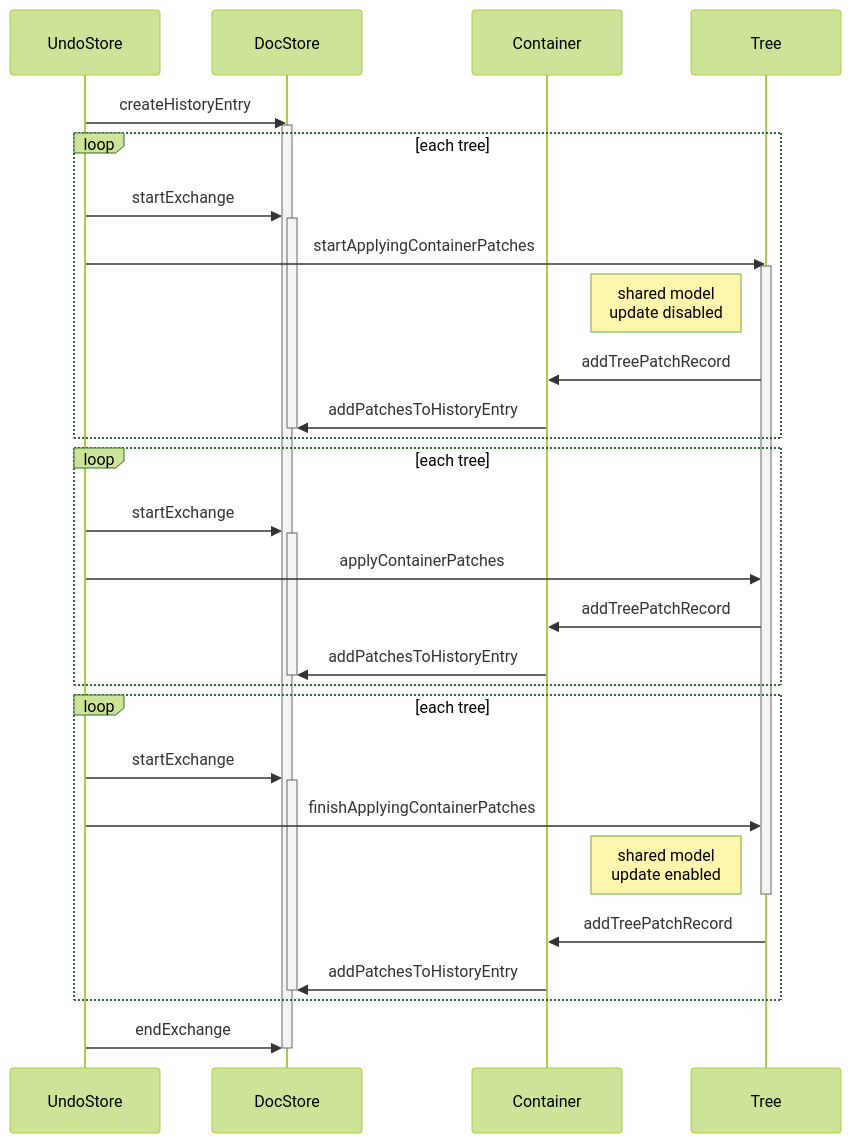
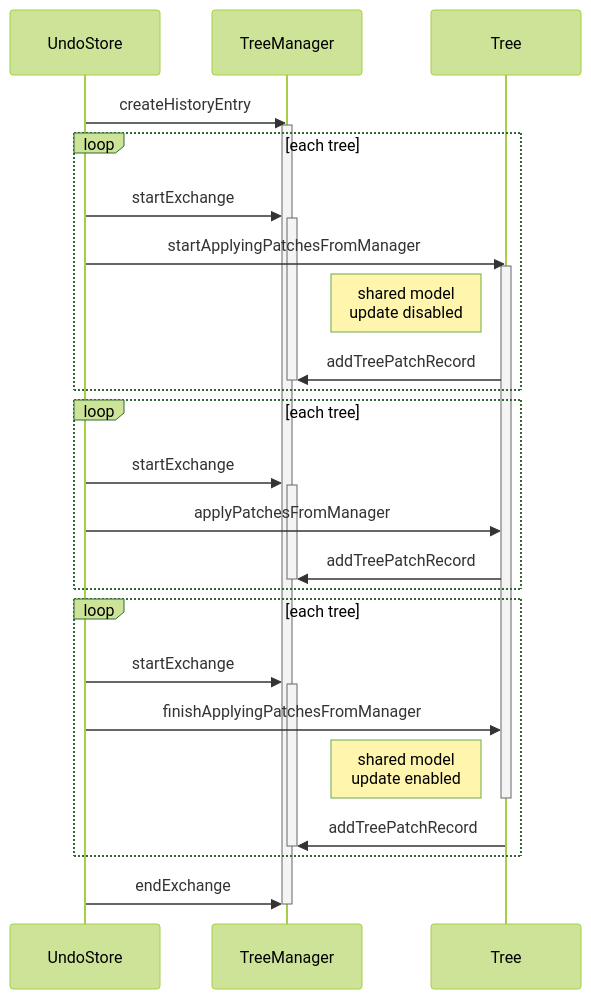
The fourth of 6 diagrams in docs/history-framework.md (concord-consortium/collaborative-learning), drawn with Mermaid (forest theme) before and after one commit. The commit also changed other lines of this file and 8 other files, not shown here.

Commit message:
rename container to tree manager

````diff
--- a/docs/history-framework.md
+++ b/docs/history-framework.md
@@ -119,39 +116,35 @@
 ```mermaid
 sequenceDiagram
   participant UndoStore
-  participant DocStore
-  participant Container
+  participant TreeManager
   participant Tree
-  UndoStore->> DocStore: createHistoryEntry
-  activate DocStore
+  UndoStore->> TreeManager: createHistoryEntry
+  activate TreeManager
   loop each tree
-    UndoStore->>DocStore: startExchange
-    activate DocStore
-    UndoStore->>Tree: startApplyingContainerPatches
+    UndoStore->>TreeManager: startExchange
+    activate TreeManager
+    UndoStore->>Tree: startApplyingPatchesFromManager
     activate Tree
     Note left of Tree: shared model<br/>update disabled 
-    Tree->>Container: addTreePatchRecord
-    Container->>DocStore: addPatchesToHistoryEntry
-    deactivate DocStore
+    Tree->>TreeManager: addTreePatchRecord
+    deactivate TreeManager
   end
   loop each tree
-    UndoStore->>DocStore: startExchange
-    activate DocStore
-    UndoStore->>Tree: applyContainerPatches
-    Tree->>Container: addTreePatchRecord
-    Container->>DocStore: addPatchesToHistoryEntry
-    deactivate DocStore
+    UndoStore->>TreeManager: startExchange
+    activate TreeManager
+    UndoStore->>Tree: applyPatchesFromManager
+    Tree->>TreeManager: addTreePatchRecord
+    deactivate TreeManager
   end
   loop each tree
-    UndoStore->>DocStore: startExchange
-    activate DocStore
-    UndoStore->>Tree: finishApplyingContainerPatches
+    UndoStore->>TreeManager: startExchange
+    activate TreeManager
+    UndoStore->>Tree: finishApplyingPatchesFromManager
     Note left of Tree: shared model<br/>update enabled 
     deactivate Tree
-    Tree->>Container: addTreePatchRecord
-    Container->>DocStore: addPatchesToHistoryEntry
-    deactivate DocStore
+    Tree->>TreeManager: addTreePatchRecord
+    deactivate TreeManager
   end
-  UndoStore->> DocStore: endExchange
-  deactivate DocStore
+  UndoStore->> TreeManager: endExchange
+  deactivate TreeManager
 ```
````
